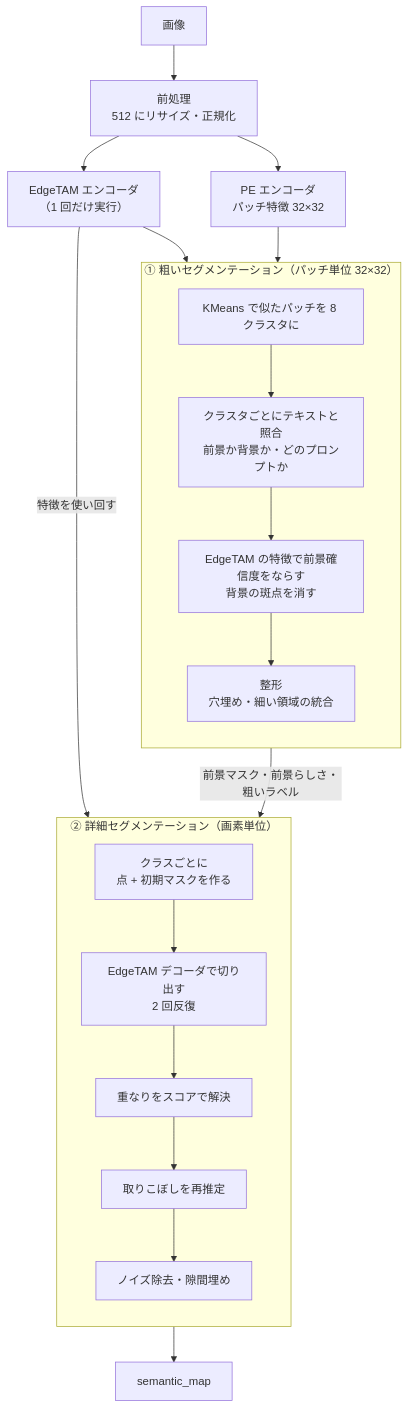
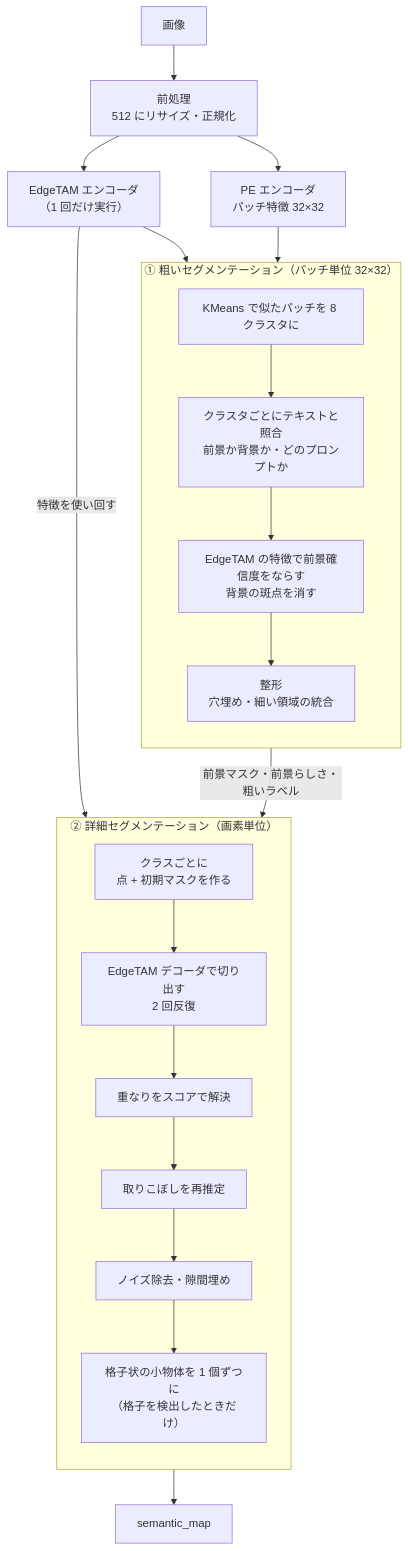
The first of 3 diagrams in docs/overview.md (fklg-64/pe_anything_detect), drawn with Mermaid before and after one commit. The commit also changed other lines of this file and 12 other files, not shown here.

````diff
--- a/docs/overview.md
+++ b/docs/overview.md
@@ -31,27 +31,28 @@
 ```mermaid
 flowchart TD
     IMG["画像"] --> PRE["前処理<br/>512 にリサイズ・正規化"]
     PRE --> ET["EdgeTAM エンコーダ<br/>（1 回だけ実行）"]
     PRE --> PE["PE エンコーダ<br/>パッチ特徴 32×32"]
 
     subgraph C["① 粗いセグメンテーション（パッチ単位 32×32）"]
         direction TB
         C1["KMeans で似たパッチを 8 クラスタに"] --> C2["クラスタごとにテキストと照合<br/>前景か背景か・どのプロンプトか"]
         C2 --> C3["EdgeTAM の特徴で前景確信度をならす<br/>背景の斑点を消す"]
         C3 --> C4["整形<br/>穴埋め・細い領域の統合"]
     end
 
     subgraph R["② 詳細セグメンテーション（画素単位）"]
         direction TB
         R1["クラスごとに<br/>点 + 初期マスクを作る"] --> R2["EdgeTAM デコーダで切り出す<br/>2 回反復"]
         R2 --> R3["重なりをスコアで解決"]
         R3 --> R4["取りこぼしを再推定"]
         R4 --> R5["ノイズ除去・隙間埋め"]
+        R5 --> R6["格子状の小物体を 1 個ずつに<br/>（格子を検出したときだけ）"]
     end
 
     PE --> C
     ET --> C3
     C -->|"前景マスク・前景らしさ・粗いラベル"| R
     ET -->|"特徴を使い回す"| R
     R --> OUT["semantic_map"]
 ```
````
